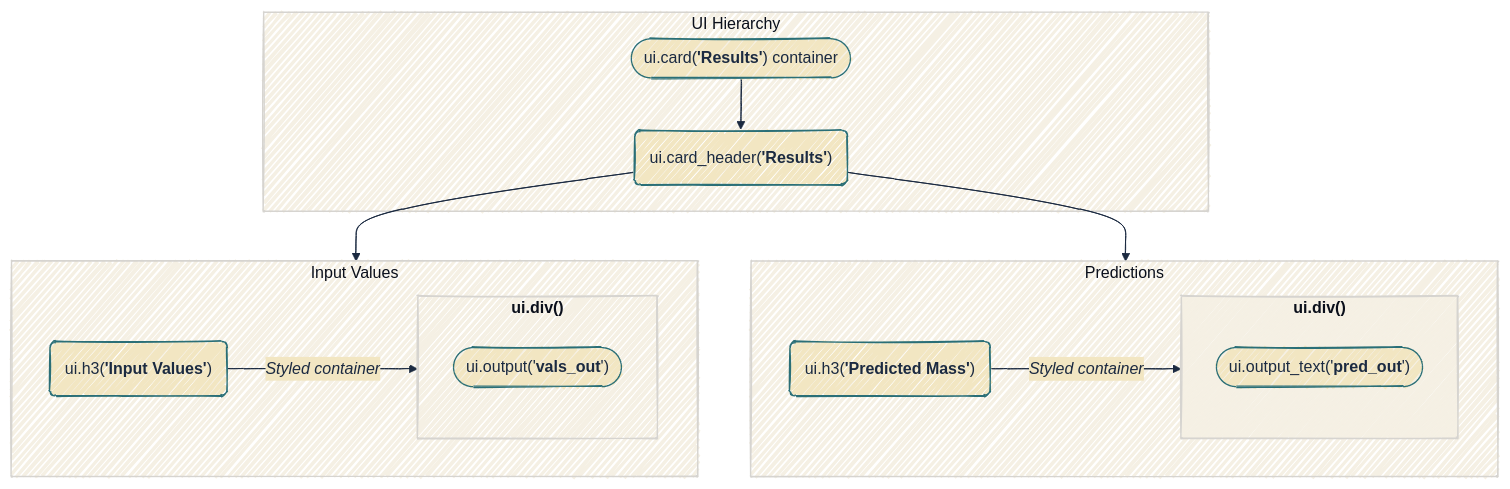
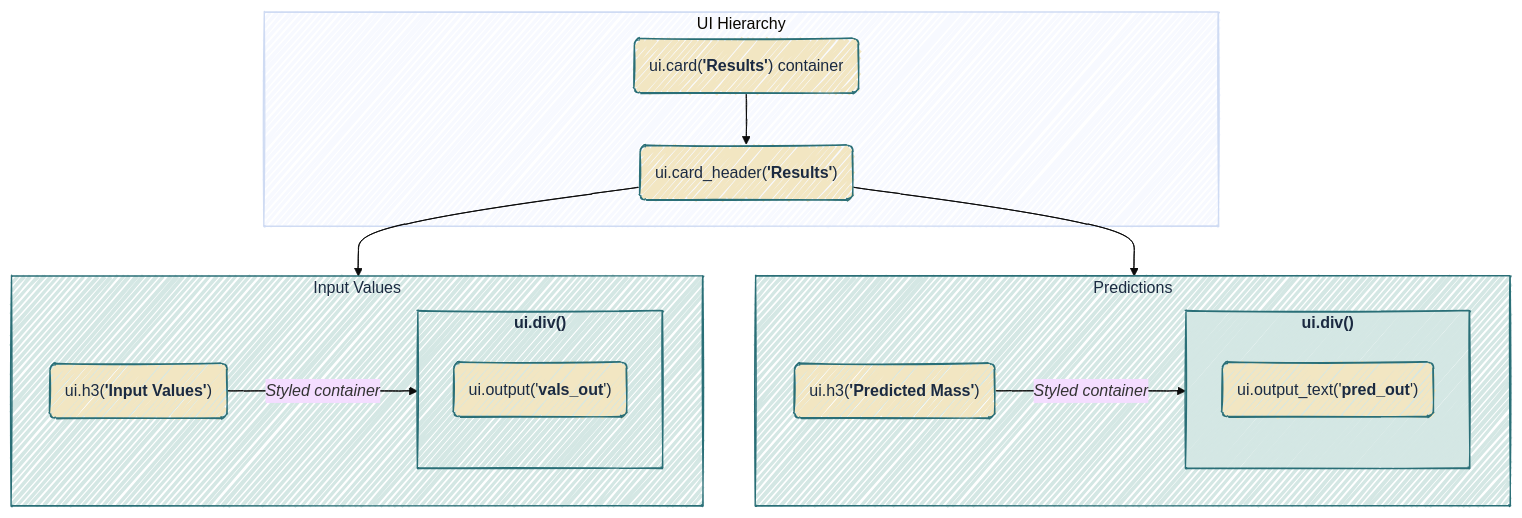
One commit to mjfrigaard/do4ds-labs changed the fourth of 15 diagrams in app-log-py.qmd. Above: the diagram before and after it, drawn with Mermaid. The commit also changed other lines of this file and 37 other files, not shown here.

Commit message:
updates to mermaid

````diff
--- a/app-log-py.qmd
+++ b/app-log-py.qmd
@@ -337,35 +346,40 @@
 ```{mermaid}
 %%| fig-cap: 'Predictions (UI)'
 %%| fig-width: 7.0
 %%| fig-align: center
-%%{init: {'theme': 'base', 'look': 'handDrawn', 'themeVariables': { 'fontFamily': 'monospace', 'primaryColor': '#F2E6C2', 'primaryBorderColor': '#2A6F77', 'primaryTextColor': '#1B2A41', 'secondaryColor': '#d4e7e4', 'tertiaryColor': '#f5f0e4', 'lineColor': '#1B2A41', 'edgeLabelBackground': '#F2E6C2'}}}%%
+%%{init: {'theme': 'base', 'look': 'handDrawn', 'themeVariables': {'fontFamily': 'monospace'}}}%%
 
 graph TD
     subgraph "UI Hierarchy"
-        Card(["ui.card(<strong>'Results'</strong>) container"])
+        Card("ui.card(<strong>'Results'</strong>) container")
         Header("ui.card_header(<strong>'Results'</strong>)")
     end
     
     subgraph Inputs["Input Values"]
         InputHeader("ui.h3(<strong>'Input Values'</strong>)")
         subgraph iDiv["<strong>ui.div()</strong>"]
-            InpValOut(["ui.output('<strong>vals_out</strong>')"])
+            InpValOut("ui.output('<strong>vals_out</strong>')")
         end
     end
     
     subgraph Preds["Predictions"]
         PredHeader("ui.h3(<strong>'Predicted Mass'</strong>)")
         subgraph pDiv["<strong>ui.div()</strong>"]
-            PredOut(["ui.output_text('<strong>pred_out</strong>')"])
+            PredOut("ui.output_text('<strong>pred_out</strong>')")
         end
     end
     
     Card --> Header
     Header --> Inputs
     Header --> Preds
     PredHeader --"<em>Styled container</em>" --> pDiv
     InputHeader --"<em>Styled container</em>" --> iDiv
+    classDef default fill:#F2E6C2,stroke:#2A6F77,color:#1B2A41
+    style Inputs fill:#d4e7e4,stroke:#2A6F77,color:#1B2A41
+    style iDiv fill:#d4e7e4,stroke:#2A6F77,color:#1B2A41
+    style Preds fill:#d4e7e4,stroke:#2A6F77,color:#1B2A41
+    style pDiv fill:#d4e7e4,stroke:#2A6F77,color:#1B2A41
 
     
     
 ```
````
